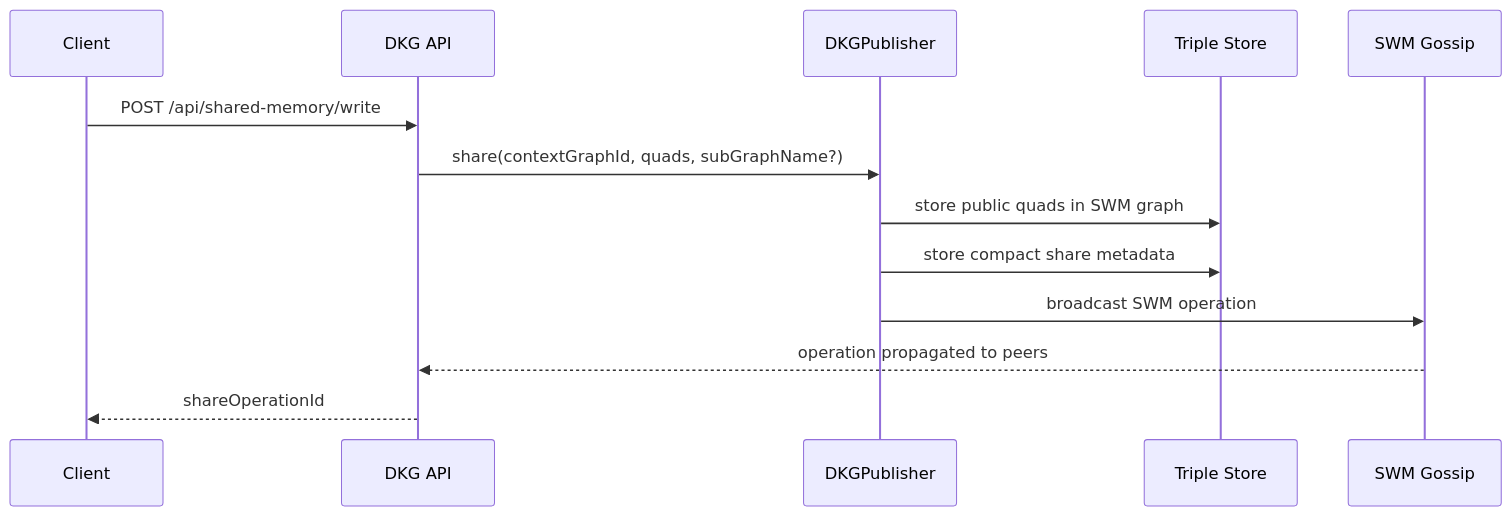
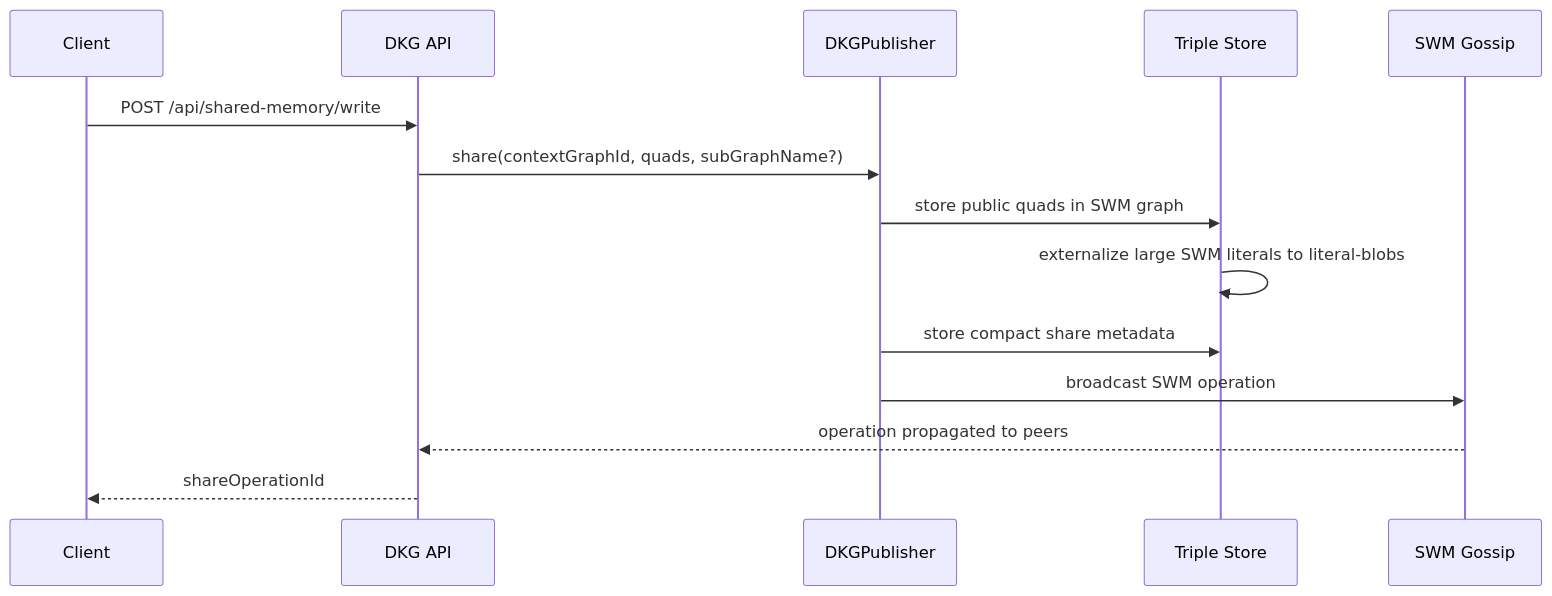
One commit to KilianTrunk/dkg changed the third of 6 diagrams in docs/SWM_LARGE_PAYLOAD_STORAGE_AMPLIFICATION_PR.md. Above: the diagram before and after it, drawn with Mermaid. The commit also changed other lines of this file and 13 other files, not shown here.

Commit message:
Externalize large SWM literals

````diff
--- a/docs/SWM_LARGE_PAYLOAD_STORAGE_AMPLIFICATION_PR.md
+++ b/docs/SWM_LARGE_PAYLOAD_STORAGE_AMPLIFICATION_PR.md
@@ -91,16 +147,17 @@
 ```mermaid
 sequenceDiagram
   participant Client
   participant API as DKG API
   participant Publisher as DKGPublisher
   participant Store as Triple Store
   participant Gossip as SWM Gossip
 
   Client->>API: POST /api/shared-memory/write
   API->>Publisher: share(contextGraphId, quads, subGraphName?)
   Publisher->>Store: store public quads in SWM graph
+  Store->>Store: externalize large SWM literals to literal-blobs
   Publisher->>Store: store compact share metadata
   Publisher->>Gossip: broadcast SWM operation
   Gossip-->>API: operation propagated to peers
   API-->>Client: shareOperationId
 ```
````
